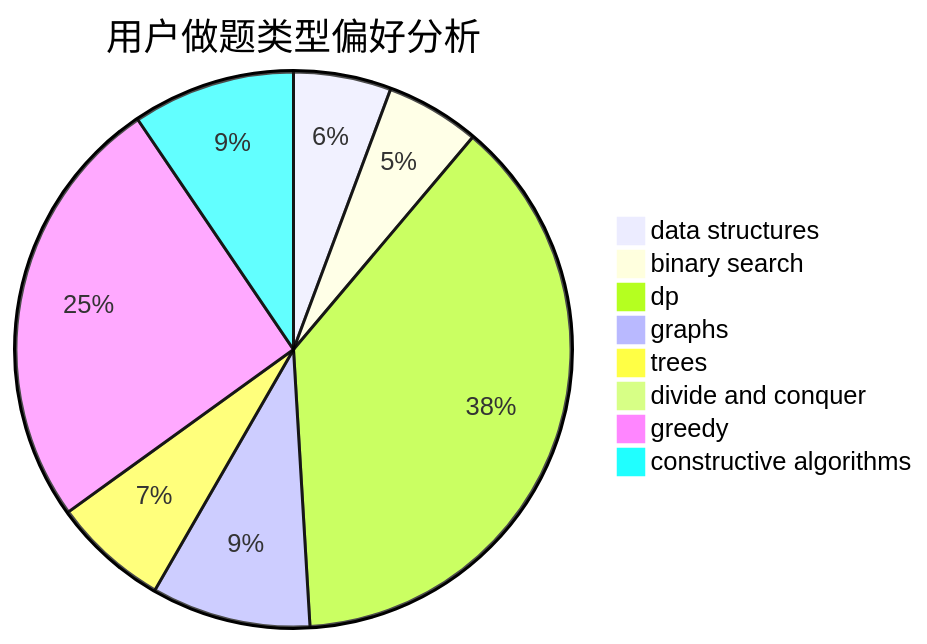
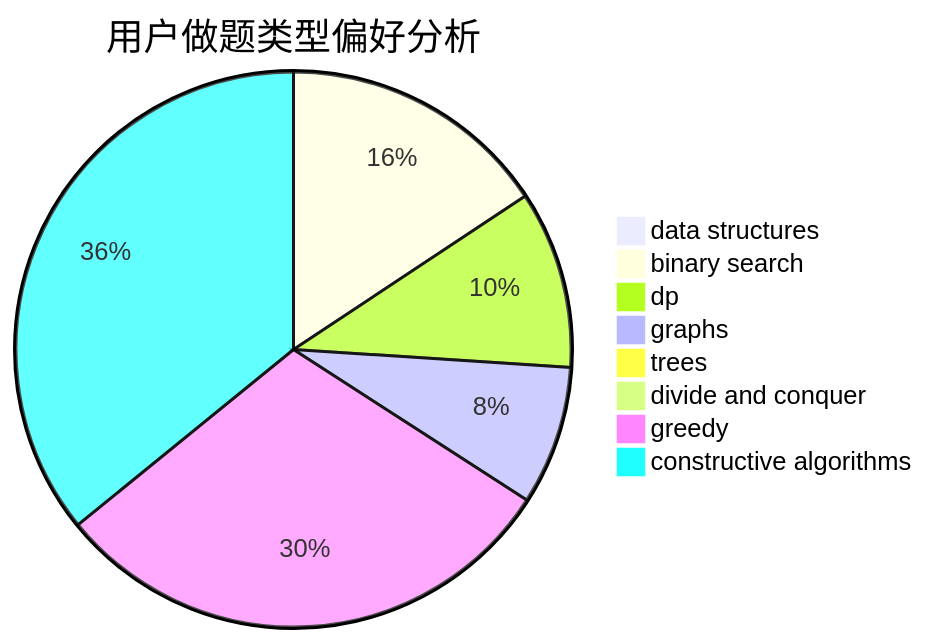
Before and after one commit to sherpahu/cfrs.github.io: the second of 3 diagrams in docs/user/u383.md, drawn with Mermaid. The commit also changed other lines of this file and 2770 other files, not shown here.

````diff
--- a/docs/user/u383.md
+++ b/docs/user/u383.md
@@ -23,11 +23,11 @@
 ```mermaid
 pie title 用户做题类型偏好分析
-    "data structures" :  27
-    "binary search" :  26
-    "dp" :  180
-    "graphs" :  44
-    "trees" :  32
-    "divide and conquer" :  0
-    "greedy" :  121
-    "constructive algorithms" :  45
+    "data structures" :  5
+    "binary search" :  126
+    "dp" :  83
+    "graphs" :  65
+    "trees" :  0
+    "divide and conquer" :  1
+    "greedy" :  241
+    "constructive algorithms" :  288
 ```
````
